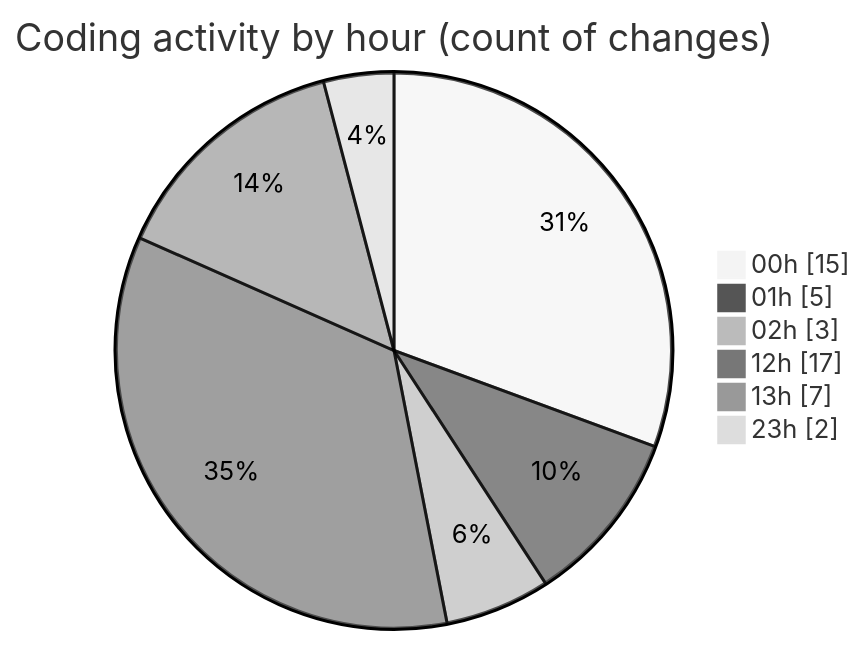
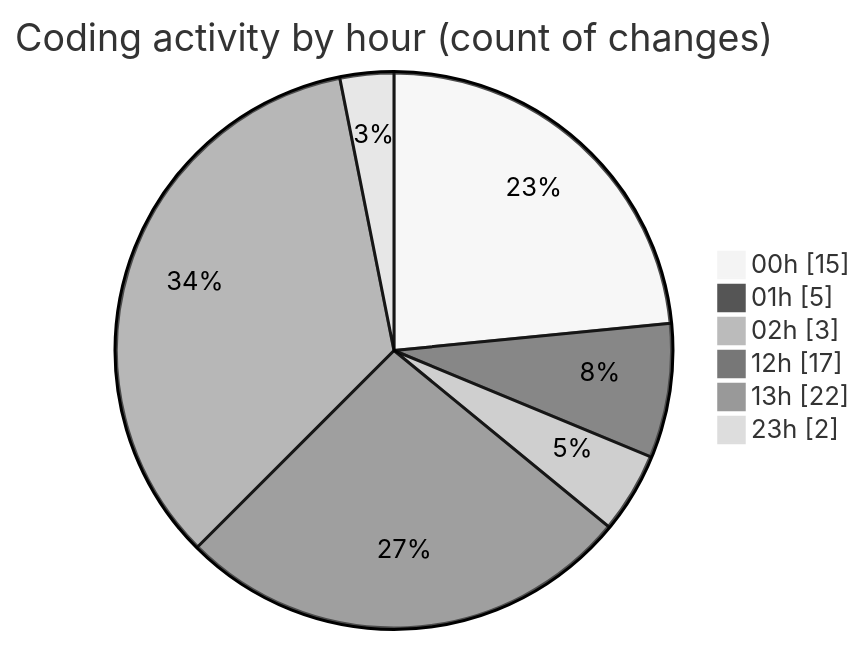
The second of 2 diagrams in 2025-08-13/rentotp/README.md (lephambinh05/code-tracking), drawn with Mermaid (neutral theme) before and after one commit. The commit also changed other lines of this file and 1 other file, not shown here.

````diff
--- a/2025-08-13/rentotp/README.md
+++ b/2025-08-13/rentotp/README.md
@@ -39,10 +45,10 @@
 ```mermaid
 pie showData
 title Coding activity by hour (count of changes)
 "00h" : 15
 "01h" : 5
 "02h" : 3
 "12h" : 17
-"13h" : 7
+"13h" : 22
 "23h" : 2
 ```
````
